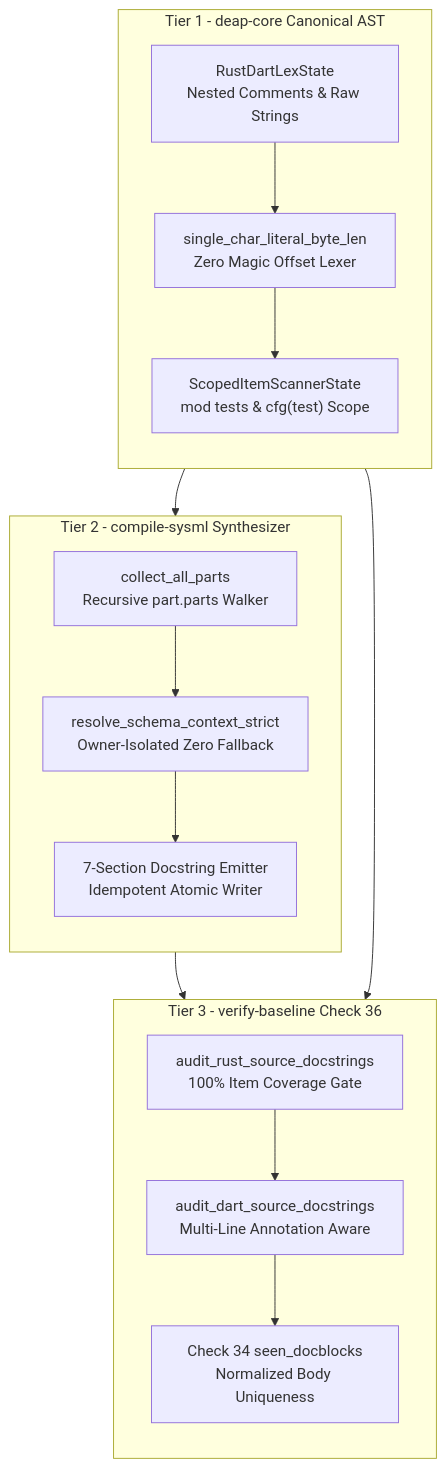
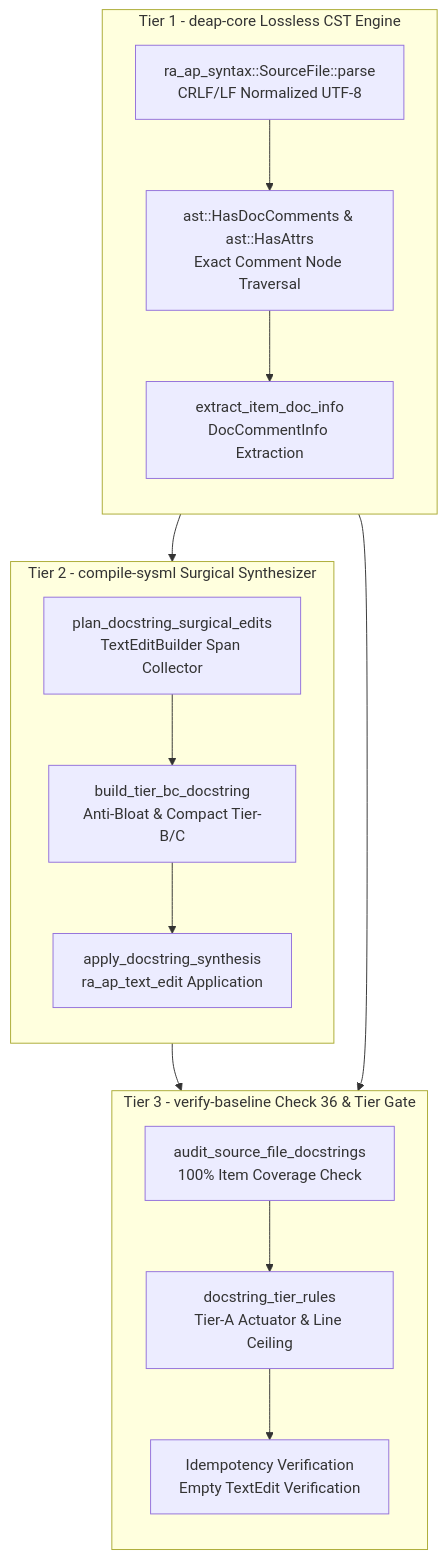
One commit to gintatkinson/DEAP01-spec-core changed the second of 3 diagrams in docs/designs/blueprint-05-deterministic-safety-docstring-synthesizer.md. Above: the diagram before and after it, drawn with Mermaid. The commit also changed other lines of this file and 2 other files, not shown here.

Commit message:
docs(blueprints): refactor BP-05 onto ra_ap_syntax, ra_ap_text_edit, and Tier-B/C cap

````diff
--- a/docs/designs/blueprint-05-deterministic-safety-docstring-synthesizer.md
+++ b/docs/designs/blueprint-05-deterministic-safety-docstring-synthesizer.md
@@ -135,33 +131,33 @@
 ```mermaid
 flowchart TD
-    subgraph "Tier 1 - deap-core Canonical AST"
+    subgraph "Tier 1 - deap-core Lossless CST Engine"
         direction TB
-        L1["RustDartLexState<br/>Nested Comments & Raw Strings"]
-        L2["single_char_literal_byte_len<br/>Zero Magic Offset Lexer"]
-        L3["ScopedItemScannerState<br/>mod tests & cfg(test) Scope"]
+        L1["ra_ap_syntax::SourceFile::parse<br/>CRLF/LF Normalized UTF-8"]
+        L2["ast::HasDocComments & ast::HasAttrs<br/>Exact Comment Node Traversal"]
+        L3["extract_item_doc_info<br/>DocCommentInfo Extraction"]
         L1 --> L2
         L2 --> L3
     end
 
-    subgraph "Tier 2 - compile-sysml Synthesizer"
+    subgraph "Tier 2 - compile-sysml Surgical Synthesizer"
         direction TB
-        S1["collect_all_parts<br/>Recursive part.parts Walker"]
-        S2["resolve_schema_context_strict<br/>Owner-Isolated Zero Fallback"]
-        S3["7-Section Docstring Emitter<br/>Idempotent Atomic Writer"]
+        S1["plan_docstring_surgical_edits<br/>TextEditBuilder Span Collector"]
+        S2["build_tier_bc_docstring<br/>Anti-Bloat & Compact Tier-B/C"]
+        S3["apply_docstring_synthesis<br/>ra_ap_text_edit Application"]
         S1 --> S2
         S2 --> S3
     end
 
-    subgraph "Tier 3 - verify-baseline Check 36"
+    subgraph "Tier 3 - verify-baseline Check 36 & Tier Gate"
         direction TB
-        V1["audit_rust_source_docstrings<br/>100% Item Coverage Gate"]
-        V2["audit_dart_source_docstrings<br/>Multi-Line Annotation Aware"]
-        V3["Check 34 seen_docblocks<br/>Normalized Body Uniqueness"]
+        V1["audit_source_file_docstrings<br/>100% Item Coverage Check"]
+        V2["docstring_tier_rules<br/>Tier-A Actuator & Line Ceiling"]
+        V3["Idempotency Verification<br/>Empty TextEdit Verification"]
         V1 --> V2
         V2 --> V3
     end
 
     L3 --> S1
     L3 --> V1
     S3 --> V1
 ```
````
